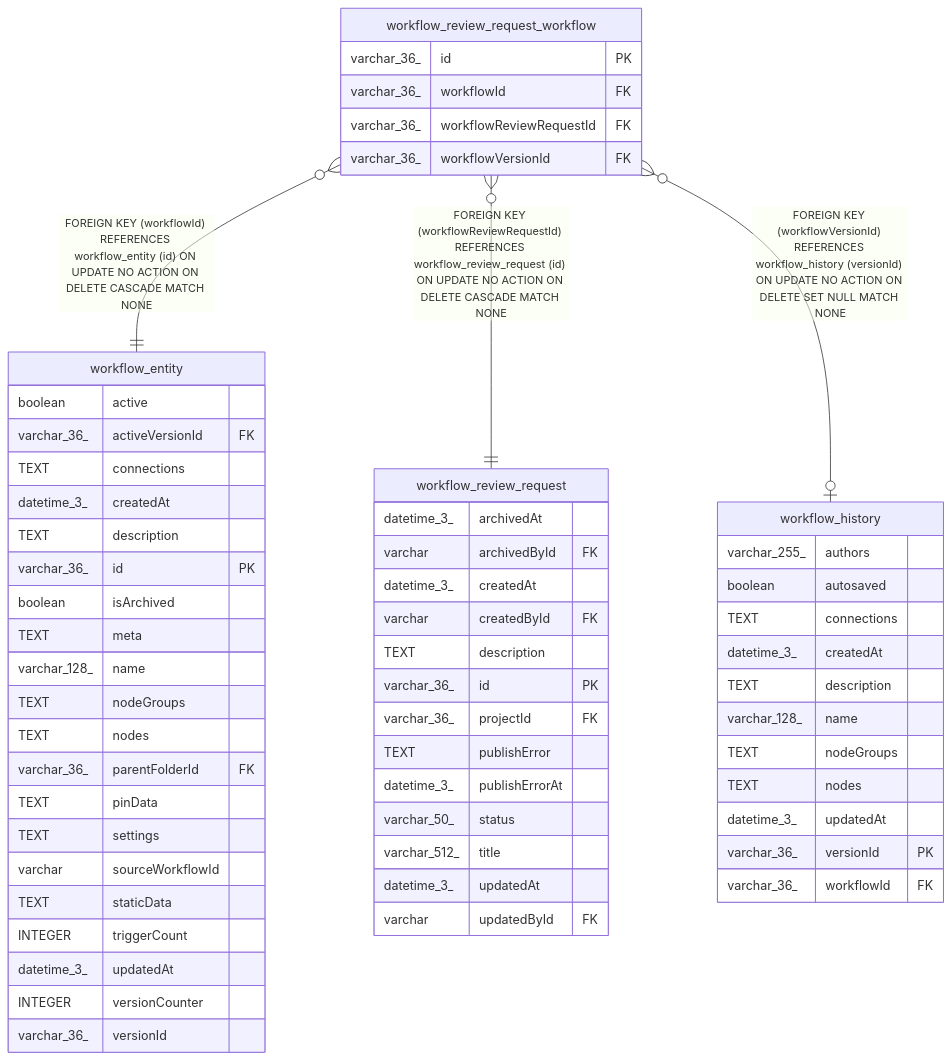
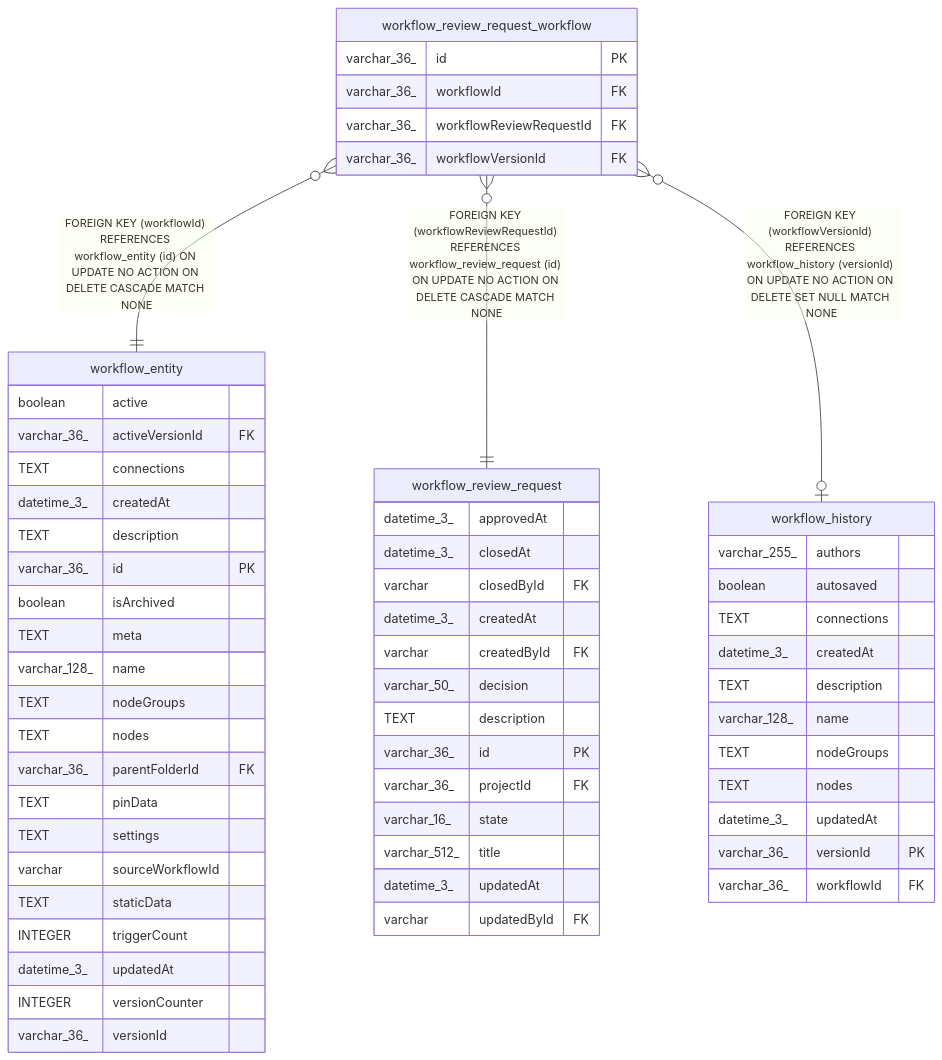
The diagram in docs/generated/sqlite-schema/workflow_review_request_workflow.md (mayankjain1815-commits/n8n), drawn with Mermaid before and after one commit. The commit also changed other lines of this file and 17 other files, not shown here.

First line of the commit message:
feat(core): Update workflow review request schema and related entities

````diff
--- a/docs/generated/sqlite-schema/workflow_review_request_workflow.md
+++ b/docs/generated/sqlite-schema/workflow_review_request_workflow.md
@@ -44,64 +44,64 @@
 ```mermaid
 erDiagram
 
 "workflow_review_request_workflow" }o--|| "workflow_entity" : "FOREIGN KEY (workflowId) REFERENCES workflow_entity (id) ON UPDATE NO ACTION ON DELETE CASCADE MATCH NONE"
 "workflow_review_request_workflow" }o--|| "workflow_review_request" : "FOREIGN KEY (workflowReviewRequestId) REFERENCES workflow_review_request (id) ON UPDATE NO ACTION ON DELETE CASCADE MATCH NONE"
 "workflow_review_request_workflow" }o--o| "workflow_history" : "FOREIGN KEY (workflowVersionId) REFERENCES workflow_history (versionId) ON UPDATE NO ACTION ON DELETE SET NULL MATCH NONE"
 
 "workflow_review_request_workflow" {
   varchar_36_ id PK
   varchar_36_ workflowId FK
   varchar_36_ workflowReviewRequestId FK
   varchar_36_ workflowVersionId FK
 }
 "workflow_entity" {
   boolean active
   varchar_36_ activeVersionId FK
   TEXT connections
   datetime_3_ createdAt
   TEXT description
   varchar_36_ id PK
   boolean isArchived
   TEXT meta
   varchar_128_ name
   TEXT nodeGroups
   TEXT nodes
   varchar_36_ parentFolderId FK
   TEXT pinData
   TEXT settings
   varchar sourceWorkflowId
   TEXT staticData
   INTEGER triggerCount
   datetime_3_ updatedAt
   INTEGER versionCounter
   varchar_36_ versionId
 }
 "workflow_review_request" {
-  datetime_3_ archivedAt
-  varchar archivedById FK
+  datetime_3_ approvedAt
+  datetime_3_ closedAt
+  varchar closedById FK
   datetime_3_ createdAt
   varchar createdById FK
+  varchar_50_ decision
   TEXT description
   varchar_36_ id PK
   varchar_36_ projectId FK
-  TEXT publishError
-  datetime_3_ publishErrorAt
-  varchar_50_ status
+  varchar_16_ state
   varchar_512_ title
   datetime_3_ updatedAt
   varchar updatedById FK
 }
 "workflow_history" {
   varchar_255_ authors
   boolean autosaved
   TEXT connections
   datetime_3_ createdAt
   TEXT description
   varchar_128_ name
   TEXT nodeGroups
   TEXT nodes
   datetime_3_ updatedAt
   varchar_36_ versionId PK
   varchar_36_ workflowId FK
 }
 ```
````
